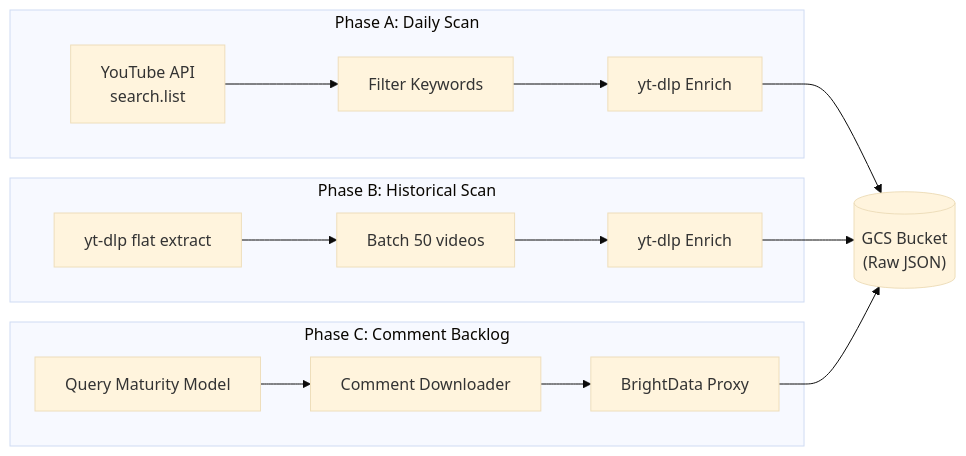
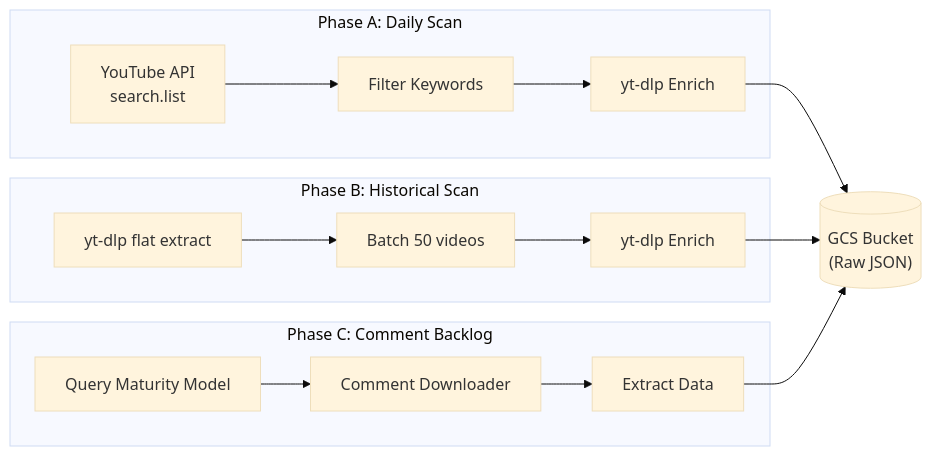
Before and after one commit to Kama-khoa/Social_media_sentiment_pipeline: the third of 3 diagrams in README.md, drawn with Mermaid (base theme). The commit also changed other lines of this file and 16 other files, not shown here.

````diff
--- a/README.md
+++ b/README.md
@@ -105,21 +105,21 @@
 ```mermaid
 flowchart LR
     subgraph "Phase A: Daily Scan"
         A1[YouTube API<br>search.list] --> A2[Filter Keywords]
         A2 --> A3[yt-dlp Enrich]
     end
 
     subgraph "Phase B: Historical Scan"
         B1[yt-dlp flat extract] --> B2[Batch 50 videos]
         B2 --> B3[yt-dlp Enrich]
     end
 
     subgraph "Phase C: Comment Backlog"
         C1[Query Maturity Model] --> C2[Comment Downloader]
-        C2 --> C3[BrightData Proxy]
+        C2 --> C3[Extract Data]
     end
 
     A3 --> GCS[("GCS Bucket<br>(Raw JSON)")]
     B3 --> GCS
     C3 --> GCS
 ```
````
